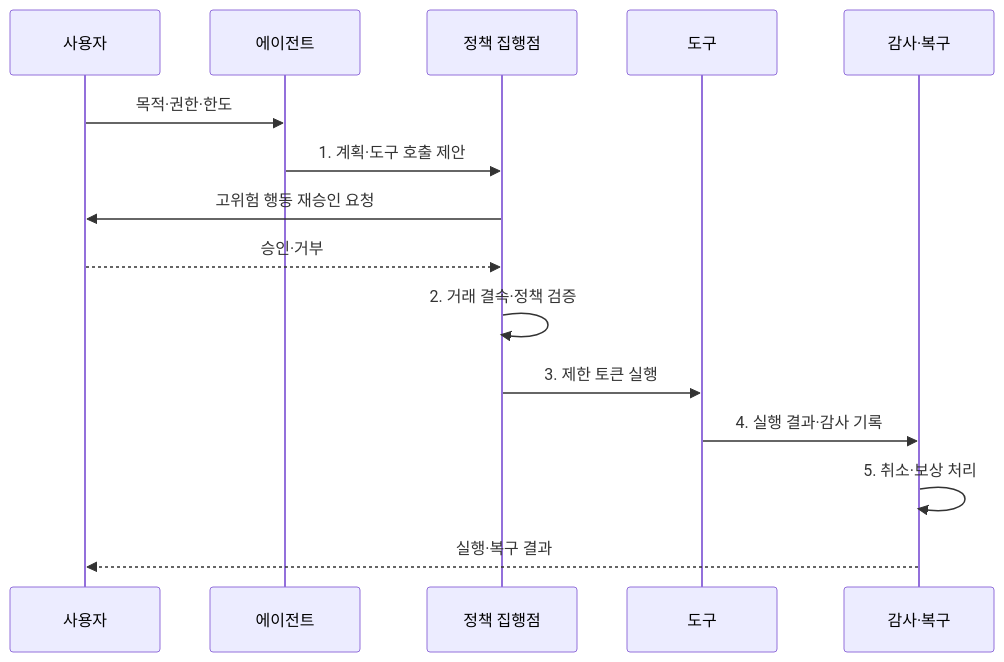
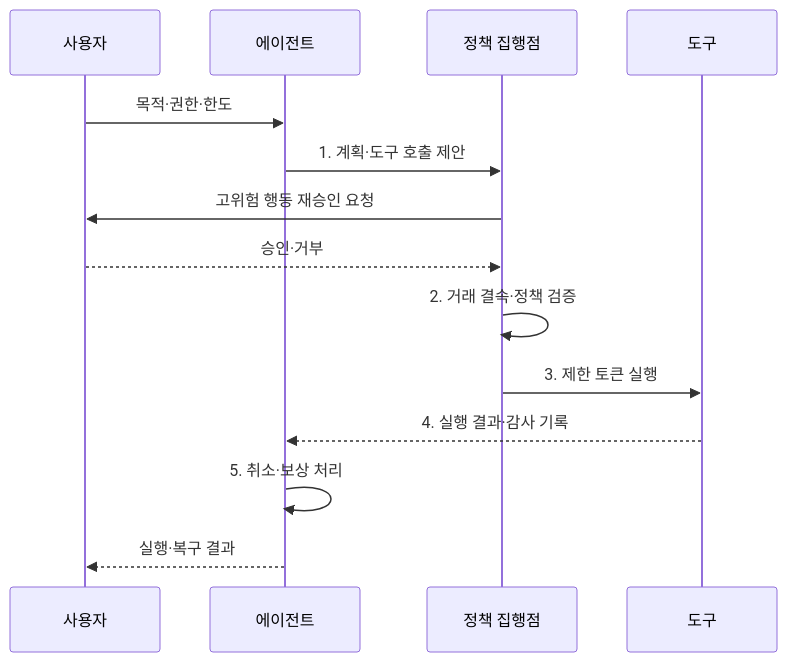
The second of 2 diagrams in src/content/docs/notes/05-security/090_agent_security.md (agnusdei1207/knowledge-base), drawn with Mermaid before and after one commit. The commit also changed 9 other files, not shown here.

Commit message:
Simplify AI security sequence actors

````diff
--- a/src/content/docs/notes/05-security/090_agent_security.md
+++ b/src/content/docs/notes/05-security/090_agent_security.md
@@ -98,17 +98,16 @@
 ```mermaid
 sequenceDiagram
     participant U as 사용자
     participant A as 에이전트
     participant P as 정책 집행점
     participant T as 도구
-    participant R as 감사·복구
     U->>A: 목적·권한·한도
     A->>P: 1. 계획·도구 호출 제안
     P->>U: 고위험 행동 재승인 요청
     U-->>P: 승인·거부
     P->>P: 2. 거래 결속·정책 검증
     P->>T: 3. 제한 토큰 실행
-    T->>R: 4. 실행 결과·감사 기록
-    R->>R: 5. 취소·보상 처리
-    R-->>U: 실행·복구 결과
+    T-->>A: 4. 실행 결과·감사 기록
+    A->>A: 5. 취소·보상 처리
+    A-->>U: 실행·복구 결과
 ```
````
